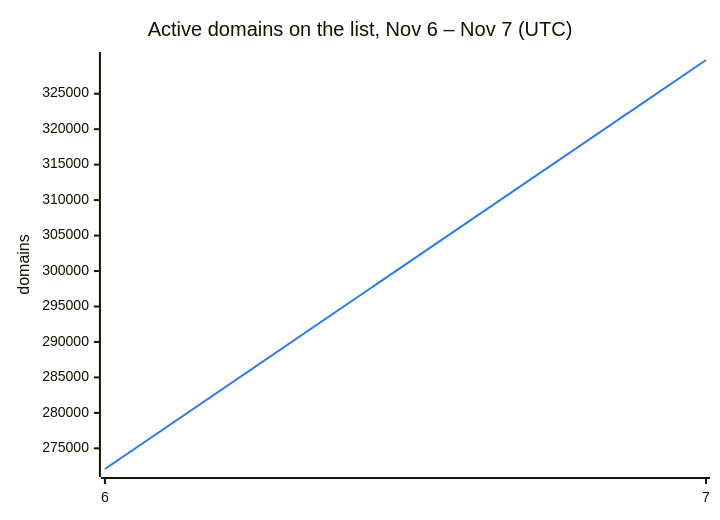
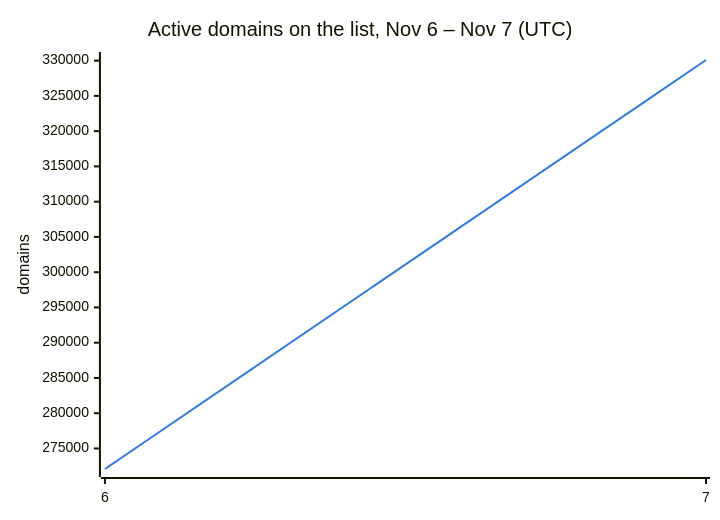
One commit to DNSBunker/CTI changed the second of 3 diagrams in README.md. Above: the diagram before and after it, drawn with Mermaid. The commit also changed other lines of this file and 3 other files, not shown here.

````diff
--- a/README.md
+++ b/README.md
@@ -38,8 +38,8 @@
 ```mermaid
 %%{init: {"themeVariables": {"xyChart": {"plotColorPalette": "#2c7be5"}}}}%%
 xychart-beta
     title "Active domains on the list, Nov 6 – Nov 7 (UTC)"
     x-axis ["6", "7"]
     y-axis "domains"
-    line [272088, 329754]
+    line [272088, 330089]
 ```
````
